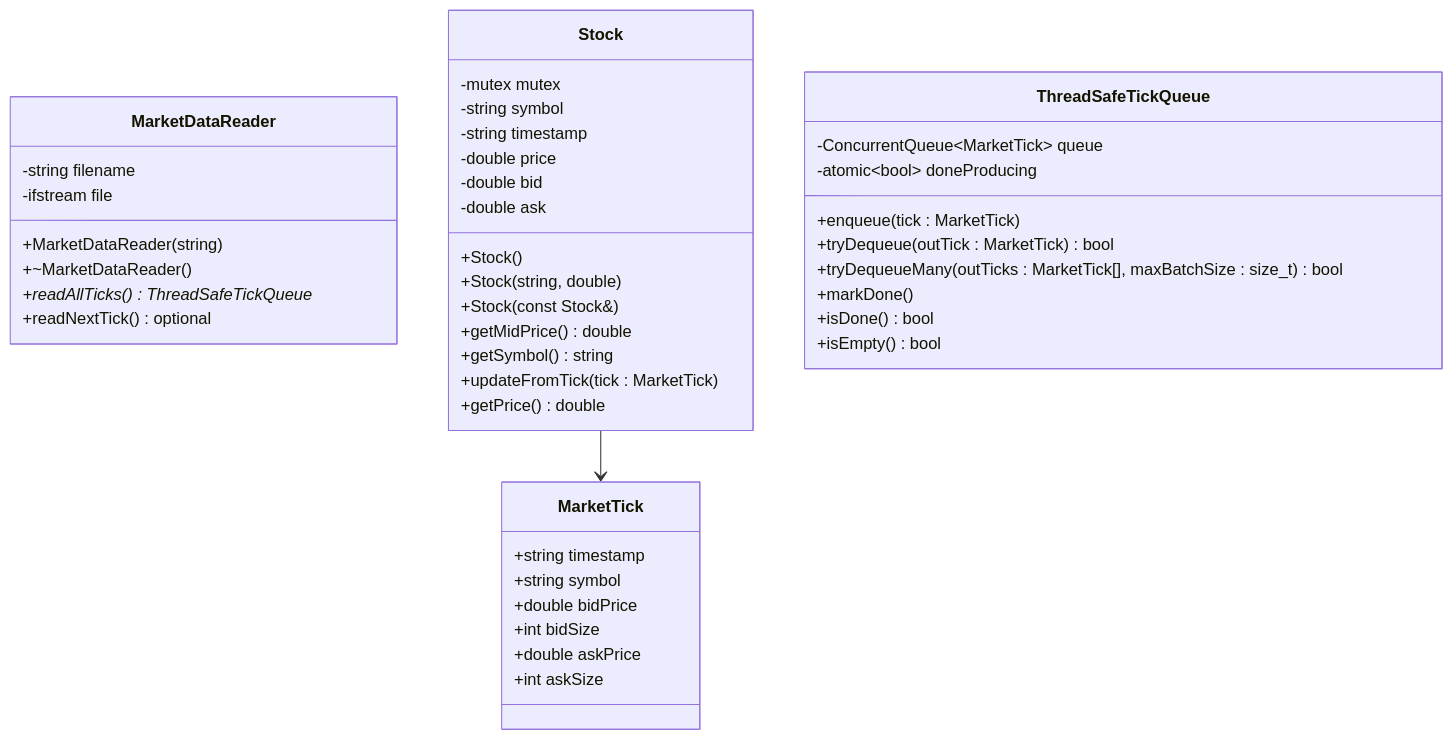
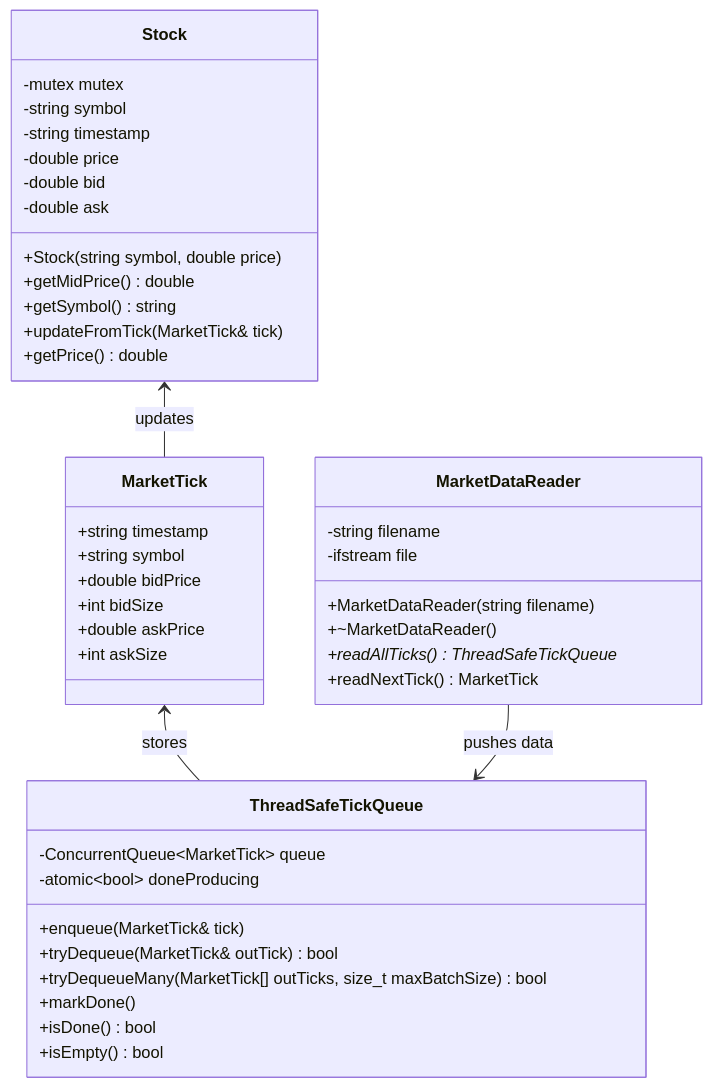
One commit to ArjunXvarma/mini-quant-trading-engine changed the first of 5 diagrams in README.md. Above: the diagram before and after it, drawn with Mermaid. The commit also changed other lines of this file and 9 other files, not shown here.

````diff
--- a/README.md
+++ b/README.md
@@ -32,49 +39,49 @@
 ```mermaid
 classDiagram 
     class MarketTick {
         +string timestamp
         +string symbol
         +double bidPrice
         +int bidSize
         +double askPrice
         +int askSize
     }
 
     class MarketDataReader {
         -string filename
         -ifstream file
-        +MarketDataReader(string)
+        +MarketDataReader(string filename)
         +~MarketDataReader()
         +readAllTicks() ThreadSafeTickQueue*
-        +readNextTick() optional<MarketTick>
+        +readNextTick() MarketTick
     }
 
     class Stock {
         -mutex mutex
         -string symbol
         -string timestamp
         -double price
         -double bid
         -double ask
-        +Stock()
-        +Stock(string, double)
-        +Stock(const Stock&)
+        +Stock(string symbol, double price)
         +getMidPrice() double
         +getSymbol() string
-        +updateFromTick(tick : MarketTick)
+        +updateFromTick(MarketTick& tick)
         +getPrice() double
     }
 
     class ThreadSafeTickQueue {
         -ConcurrentQueue~MarketTick~ queue
         -atomic~bool~ doneProducing
-        +enqueue(tick : MarketTick)
-        +tryDequeue(outTick : MarketTick) bool
-        +tryDequeueMany(outTicks : MarketTick[], maxBatchSize : size_t) bool
+        +enqueue(MarketTick& tick)
+        +tryDequeue(MarketTick& outTick) bool
+        +tryDequeueMany(MarketTick[] outTicks, size_t maxBatchSize) bool
         +markDone()
         +isDone() bool
         +isEmpty() bool
     }
     
-    Stock --> MarketTick
+    Stock <-- MarketTick : updates
+    MarketTick <-- ThreadSafeTickQueue : stores
+    MarketDataReader --> ThreadSafeTickQueue : pushes data
 ```
````
